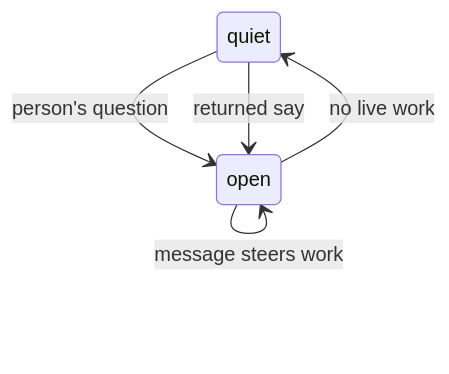
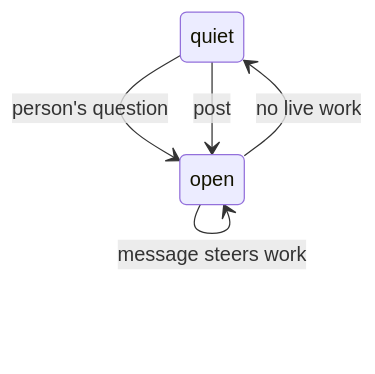
The first of 2 diagrams in docs/exchange.md (ambionframework/ambion), drawn with Mermaid before and after one commit. The commit also changed other lines of this file and 54 other files, not shown here.

First line of the commit message:
Let the host post as the system, and fold the returned say into the post (S2)

````diff
--- a/docs/exchange.md
+++ b/docs/exchange.md
@@ -49,7 +50,7 @@
 ```mermaid
 stateDiagram-v2
     quiet --> open : person's question
-    quiet --> open : returned say
+    quiet --> open : post
     open --> open : message steers work
     open --> quiet : no live work
 ```
````
